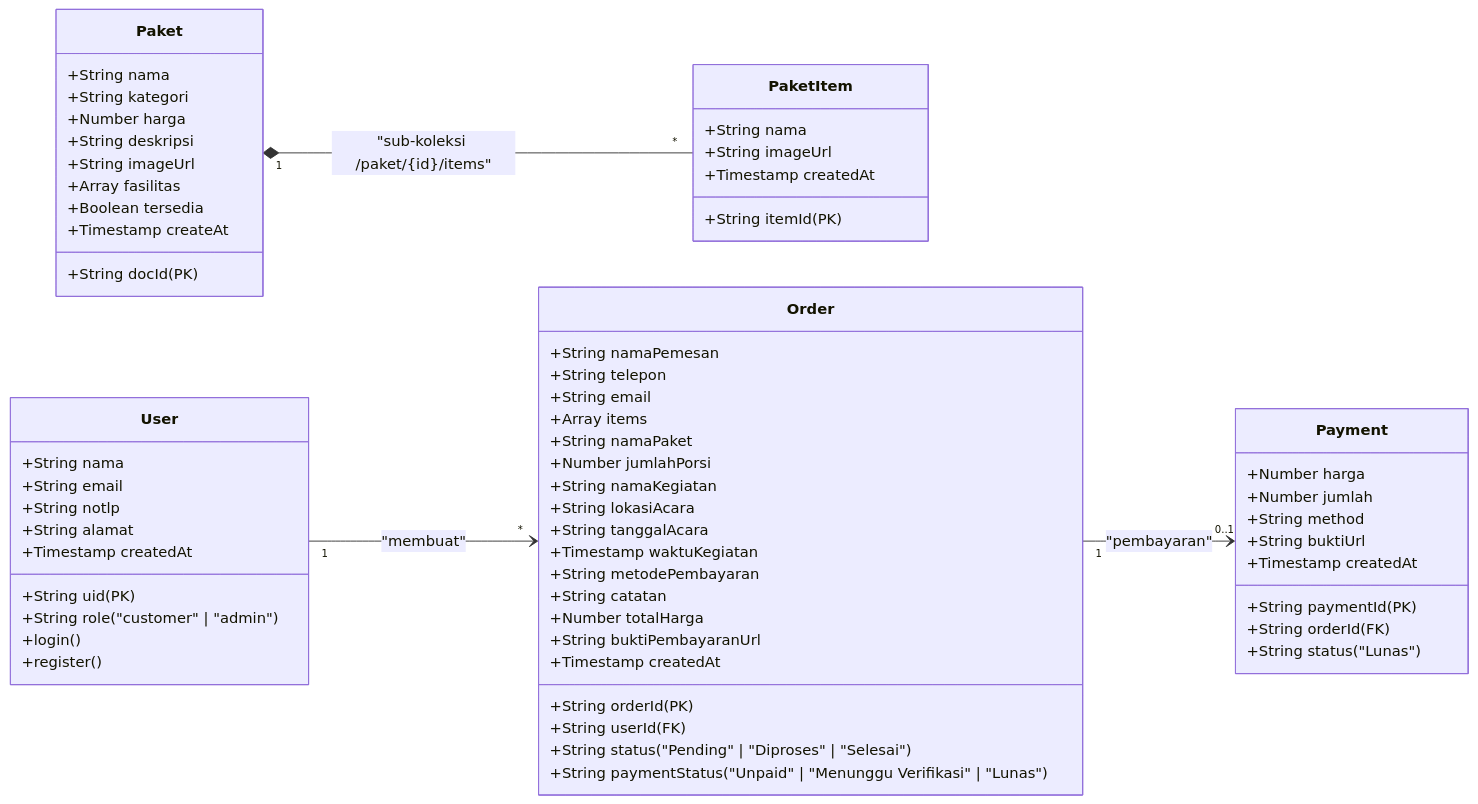
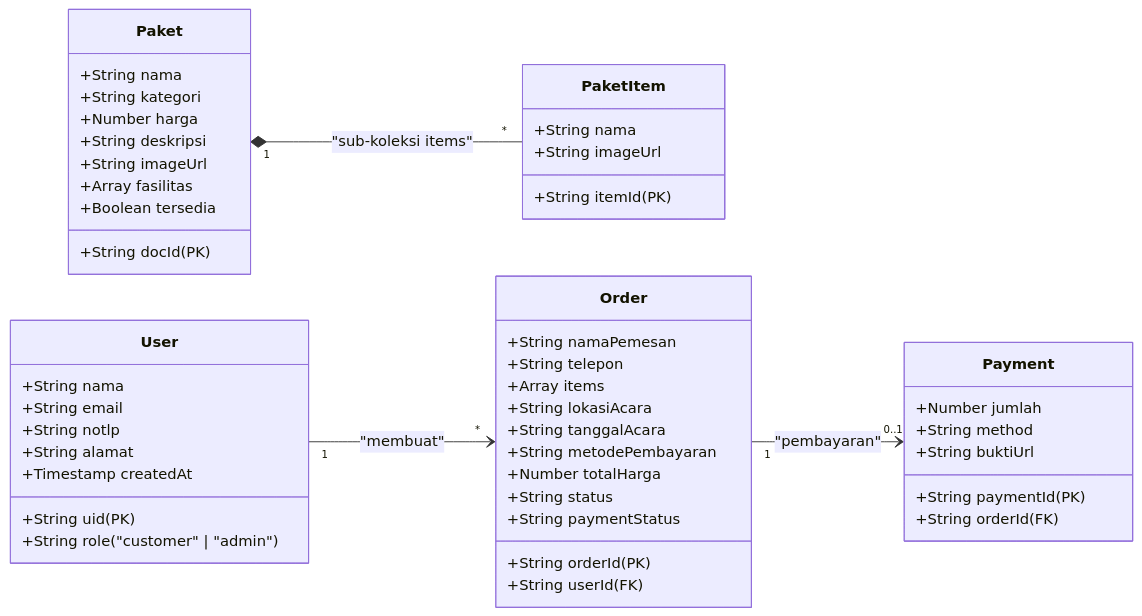
The second of 3 diagrams in readme.md (adriannicholasl/nadyacatering), drawn with Mermaid before and after one commit. The commit also changed other lines of this file, not shown here.

````diff
--- a/readme.md
+++ b/readme.md
@@ -78,72 +112,57 @@
 ```mermaid
 classDiagram
     direction LR
 
     class User {
         +String uid (PK)
         +String nama
         +String email
         +String notlp
         +String alamat
         +String role ("customer" | "admin")
         +Timestamp createdAt
-        +login()
-        +register()
     }
 
     class Paket {
         +String docId (PK)
         +String nama
         +String kategori
         +Number harga
         +String deskripsi
         +String imageUrl
         +Array fasilitas
         +Boolean tersedia
-        +Timestamp createAt
     }
 
     class PaketItem {
         +String itemId (PK)
         +String nama
         +String imageUrl
-        +Timestamp createdAt
     }
 
     class Order {
         +String orderId (PK)
         +String userId (FK)
         +String namaPemesan
         +String telepon
-        +String email
         +Array items
-        +String namaPaket
-        +Number jumlahPorsi
-        +String namaKegiatan
         +String lokasiAcara
         +String tanggalAcara
-        +Timestamp waktuKegiatan
         +String metodePembayaran
-        +String catatan
         +Number totalHarga
-        +String status ("Pending" | "Diproses" | "Selesai")
-        +String paymentStatus ("Unpaid" | "Menunggu Verifikasi" | "Lunas")
-        +String buktiPembayaranUrl
-        +Timestamp createdAt
+        +String status
+        +String paymentStatus
     }
 
     class Payment {
         +String paymentId (PK)
         +String orderId (FK)
-        +Number harga
         +Number jumlah
         +String method
         +String buktiUrl
-        +String status ("Lunas")
-        +Timestamp createdAt
     }
 
     User "1" --> "*" Order : "membuat"
-    Paket "1" *-- "*" PaketItem : "sub-koleksi /paket/{id}/items"
+    Paket "1" *-- "*" PaketItem : "sub-koleksi items"
     Order "1" --> "0..1" Payment : "pembayaran"
 ```
````
